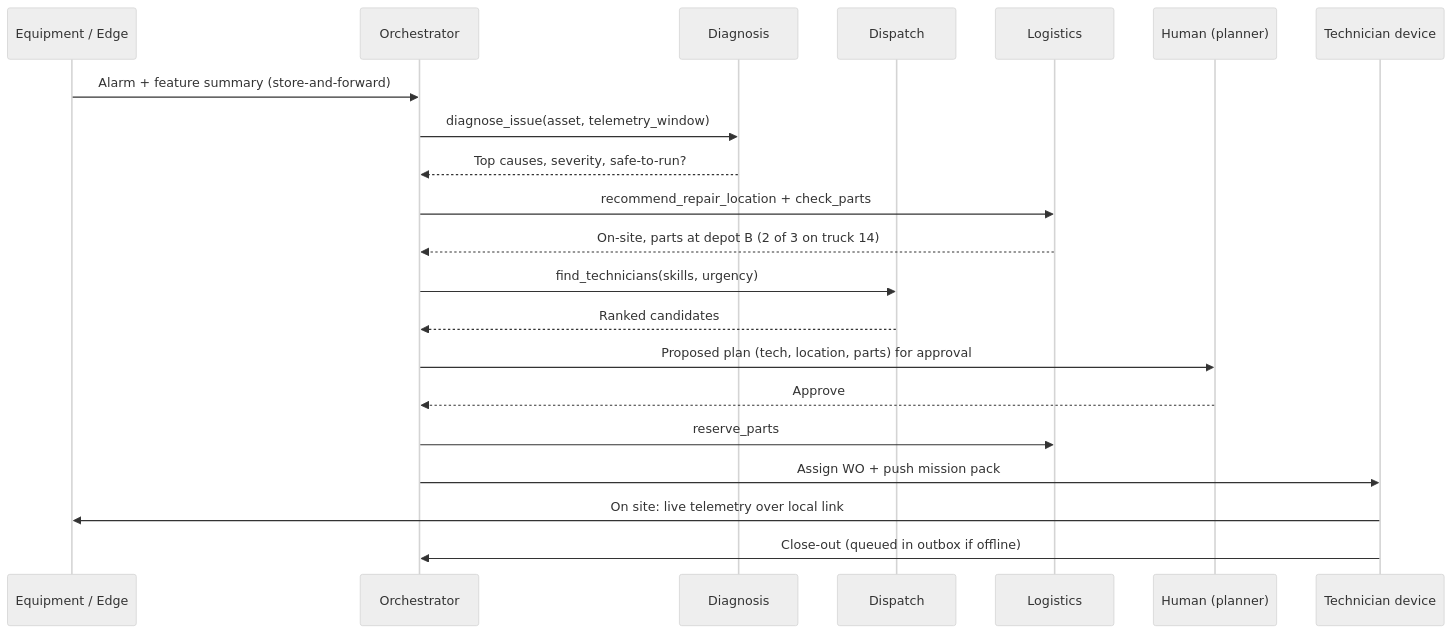
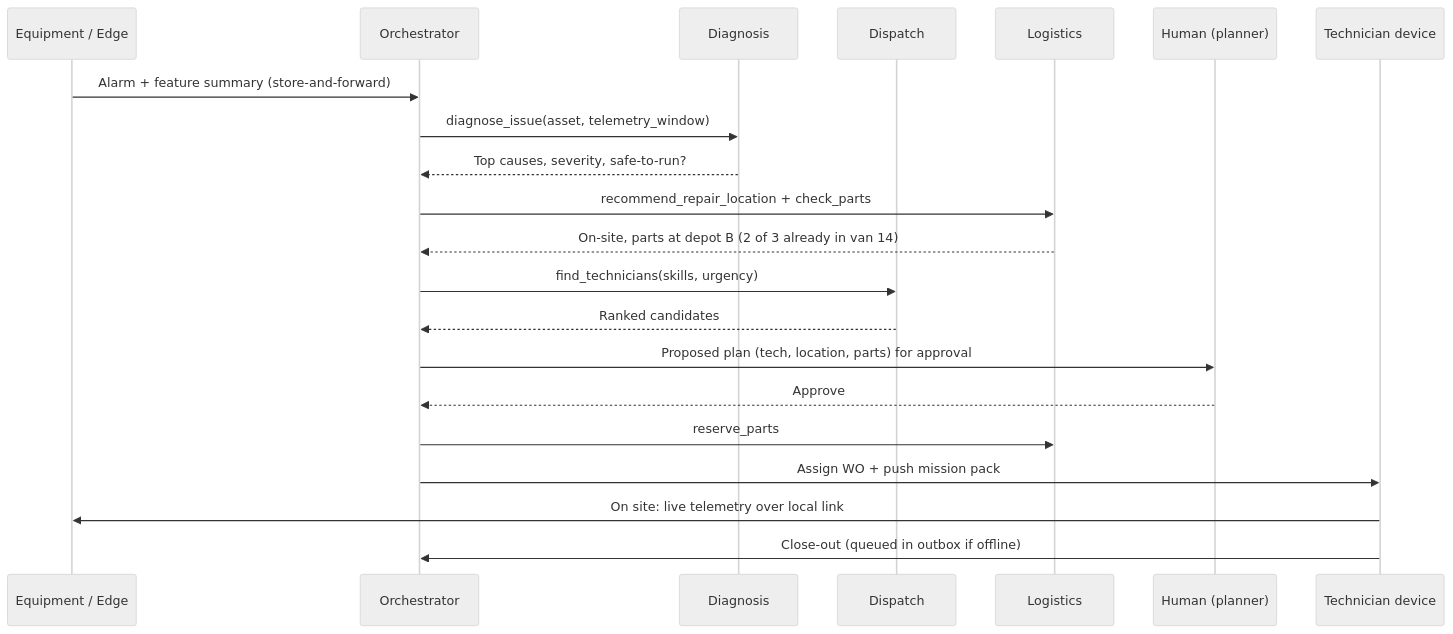
The second of 3 diagrams in docs/DESIGN.md (chandra50/hybrid-ai-service), drawn with Mermaid (neutral theme) before and after one commit. The commit also changed other lines of this file and 19 other files, not shown here.

````diff
--- a/docs/DESIGN.md
+++ b/docs/DESIGN.md
@@ -147,24 +147,24 @@
 ```mermaid
 sequenceDiagram
   participant EQ as Equipment / Edge
   participant ORCH as Orchestrator
   participant DX as Diagnosis
   participant DS as Dispatch
   participant LG as Logistics
   participant H as Human (planner)
   participant T as Technician device
 
   EQ->>ORCH: Alarm + feature summary (store-and-forward)
   ORCH->>DX: diagnose_issue(asset, telemetry_window)
   DX-->>ORCH: Top causes, severity, safe-to-run?
   ORCH->>LG: recommend_repair_location + check_parts
-  LG-->>ORCH: On-site, parts at depot B (2 of 3 on truck 14)
+  LG-->>ORCH: On-site, parts at depot B (2 of 3 already in van 14)
   ORCH->>DS: find_technicians(skills, urgency)
   DS-->>ORCH: Ranked candidates
   ORCH->>H: Proposed plan (tech, location, parts) for approval
   H-->>ORCH: Approve
   ORCH->>LG: reserve_parts
   ORCH->>T: Assign WO + push mission pack
   T->>EQ: On site: live telemetry over local link
   T->>ORCH: Close-out (queued in outbox if offline)
 ```
````
